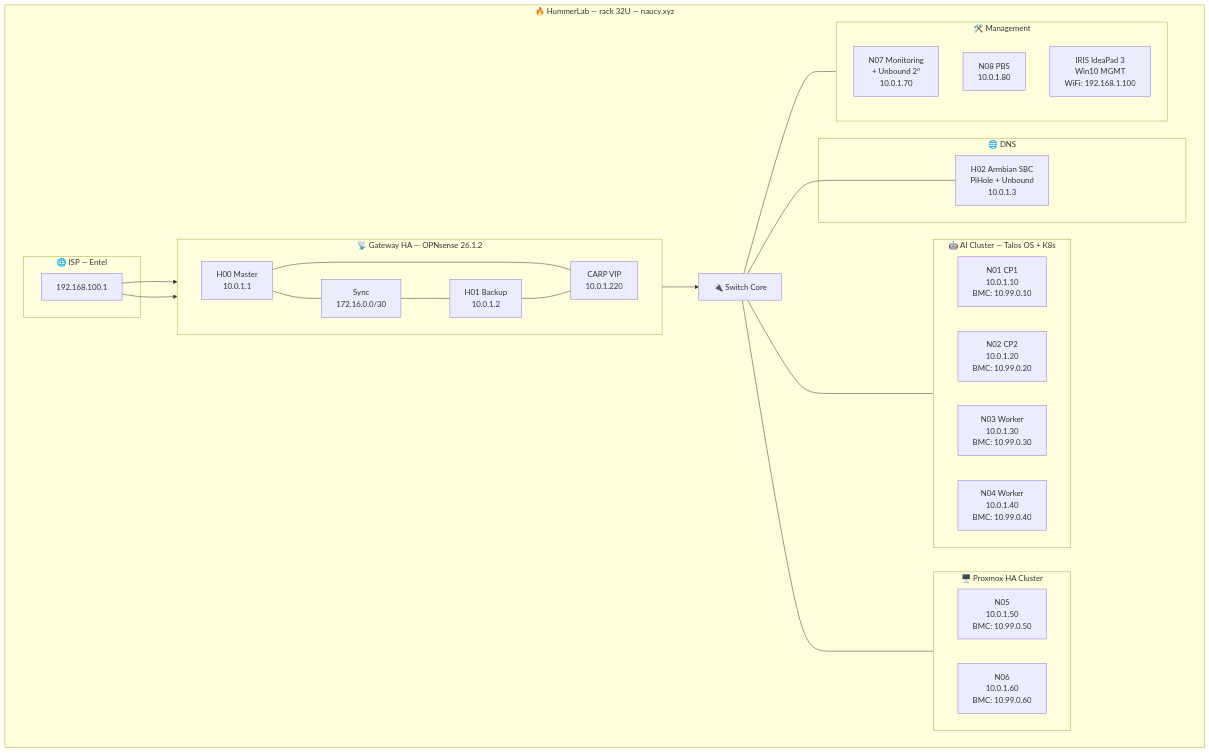
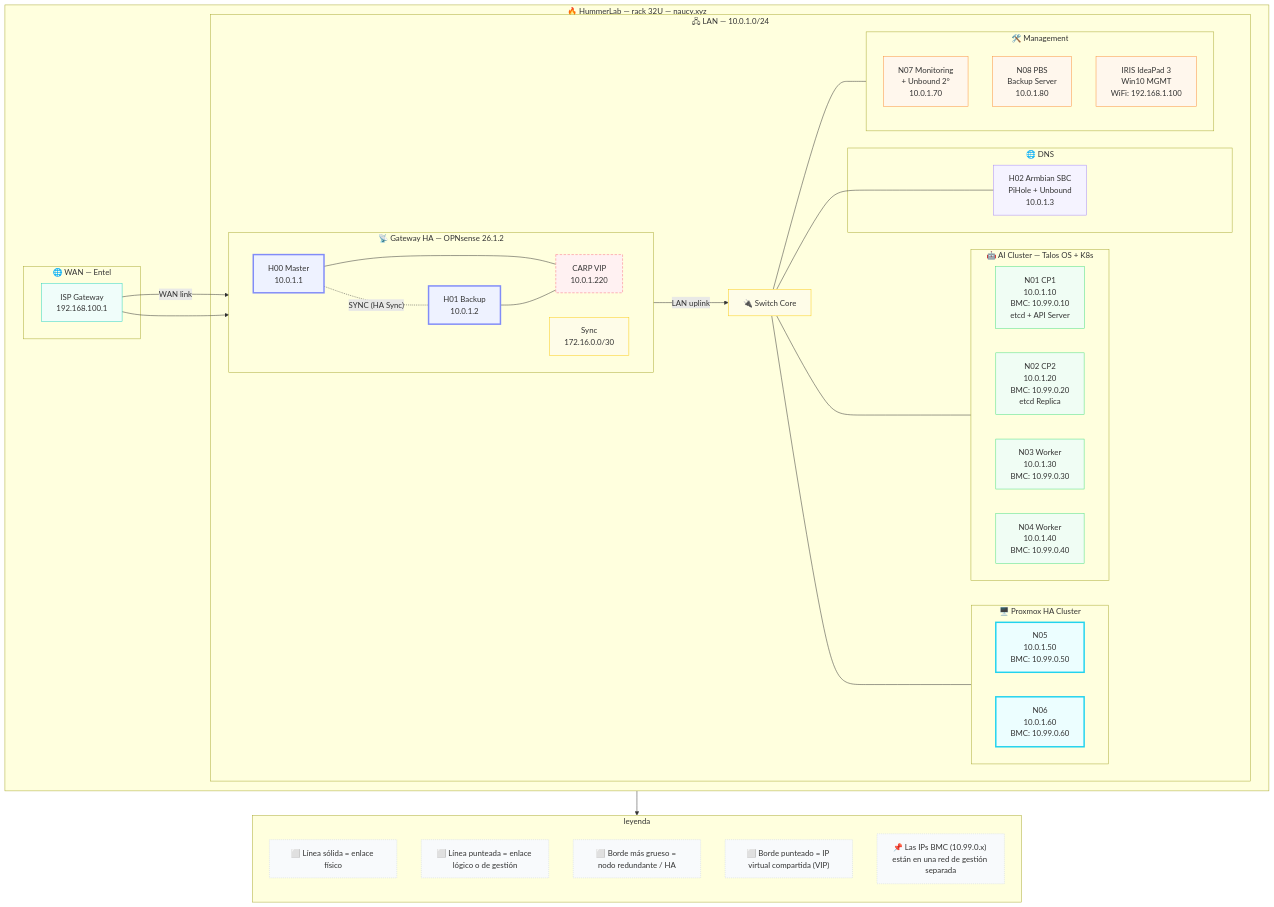
The diagram in README.md (HummerFire/HummerLab-Infrastructure), drawn with Mermaid before and after one commit.

Commit message:
Enhance system topology diagram in README
Updated the system topology diagram with new classes and connections.

````diff
--- a/README.md
+++ b/README.md
@@ -37,47 +37,80 @@
 ```mermaid
+%%{init: {"flowchart": {"layout": "elk"}} }%%
 flowchart TB
- subgraph WAN["🌐 ISP — Entel"]
-        ISP["192.168.100.1"]
+  %% clases
+  classDef wan stroke:#2dd4bf,fill:#f0fdfa
+  classDef gw stroke:#818cf8,fill:#eef2ff,stroke-width:3px
+  classDef dns stroke:#a78bfa,fill:#f5f3ff
+  classDef ai stroke:#4ade80,fill:#f0fdf4
+  classDef pve stroke:#22d3ee,fill:#ecfeff,stroke-width:3px
+  classDef mgmt stroke:#fb923c,fill:#fff7ed
+  classDef net stroke:#facc15,fill:#fefce8
+  classDef redundant stroke:#fb7185,fill:#fff1f2,stroke-dasharray:5 3
+  classDef legend stroke:#cbd5e1,fill:#f8fafc,stroke-dasharray:2 2
+
+  %% redes
+  subgraph WAN["🌐 WAN — Entel"]
+    ISP["ISP Gateway<br>192.168.100.1"]:::wan
   end
- subgraph GW["📡 Gateway HA — OPNsense 26.1.2"]
-    direction LR
-        H00["H00 Master\n10.0.1.1"]
-        H01["H01 Backup\n10.0.1.2"]
-        SYNC["Sync\n172.16.0.0/30"]
-        CARPVIP["CARP VIP\n10.0.1.220"]
+
+  subgraph LAN["🖧 LAN — 10.0.1.0/24"]
+    subgraph GW["📡 Gateway HA — OPNsense 26.1.2"]
+      direction LR
+      H00["H00 Master<br>10.0.1.1"]:::gw
+      H01["H01 Backup<br>10.0.1.2"]:::gw
+      SYNC["Sync<br>172.16.0.0/30"]:::net
+      CARPVIP["CARP VIP<br>10.0.1.220"]:::redundant
+    end
+
+    subgraph DNS["🌐 DNS"]
+      H02["H02 Armbian SBC<br>PiHole + Unbound<br>10.0.1.3"]:::dns
+    end
+
+    subgraph AI["🤖 AI Cluster — Talos OS + K8s"]
+      direction LR
+      N01["N01 CP1<br>10.0.1.10<br>BMC: 10.99.0.10<br>etcd + API Server"]:::ai
+      N02["N02 CP2<br>10.0.1.20<br>BMC: 10.99.0.20<br>etcd Replica"]:::ai
+      N03["N03 Worker<br>10.0.1.30<br>BMC: 10.99.0.30"]:::ai
+      N04["N04 Worker<br>10.0.1.40<br>BMC: 10.99.0.40"]:::ai
+    end
+
+    subgraph PVE["🖥️ Proxmox HA Cluster"]
+      direction LR
+      N05["N05<br>10.0.1.50<br>BMC: 10.99.0.50"]:::pve
+      N06["N06<br>10.0.1.60<br>BMC: 10.99.0.60"]:::pve
+    end
+
+    subgraph MGMT["🛠️ Management"]
+      N07["N07 Monitoring<br>+ Unbound 2°<br>10.0.1.70"]:::mgmt
+      N08["N08 PBS<br>Backup Server<br>10.0.1.80"]:::mgmt
+      IRIS["IRIS IdeaPad 3<br>Win10 MGMT<br>WiFi: 192.168.1.100"]:::mgmt
+    end
+
+    SW["🔌 Switch Core"]:::net
   end
- subgraph DNS["🌐 DNS"]
-        H02["H02 Armbian SBC\nPiHole + Unbound\n10.0.1.3"]
+
+  subgraph LAB["🔥 HummerLab — rack 32U — naucy.xyz"]
+    WAN
+    LAN
   end
- subgraph AI["🤖 AI Cluster — Talos OS + K8s"]
-    direction LR
-        N01["N01 CP1\n10.0.1.10\nBMC: 10.99.0.10"]
-        N02["N02 CP2\n10.0.1.20\nBMC: 10.99.0.20"]
-        N03["N03 Worker\n10.0.1.30\nBMC: 10.99.0.30"]
-        N04["N04 Worker\n10.0.1.40\nBMC: 10.99.0.40"]
+
+  %% conexiones principales (IRIS ya no conecta directamente a CARPVIP)
+  ISP -->|WAN link| H00
+  ISP --> H01
+  H00 & H01 --- CARPVIP
+  CARPVIP -->|LAN uplink| SW
+  SW --- H02 & AI & PVE & MGMT
+  H00 -.SYNC (HA Sync).- H01
+
+  %% leyenda
+  subgraph LEG["leyenda"]
+    direction TB
+    L1["⬜ Línea sólida = enlace físico"]:::legend
+    L2["⬜ Línea punteada = enlace lógico o de gestión"]:::legend
+    L3["⬜ Borde más grueso = nodo redundante / HA"]:::legend
+    L4["⬜ Borde punteado = IP virtual compartida (VIP)"]:::legend
+    L5["📌 Las IPs BMC (10.99.0.x) están en una red de gestión separada"]:::legend
   end
- subgraph PVE["🖥️ Proxmox HA Cluster"]
-    direction LR
-        N05["N05\n10.0.1.50\nBMC: 10.99.0.50"]
-        N06["N06\n10.0.1.60\nBMC: 10.99.0.60"]
-  end
- subgraph MGMT["🛠️ Management"]
-        N07["N07 Monitoring\n+ Unbound 2°\n10.0.1.70"]
-        N08["N08 PBS\n10.0.1.80"]
-        IRIS["IRIS IdeaPad 3\nWin10 MGMT\nWiFi: 192.168.1.100"]
-  end
- subgraph LAB["🔥 HummerLab — rack 32U — naucy.xyz"]
-        WAN
-        GW
-        SW["🔌 Switch Core"]
-        DNS
-        AI
-        PVE
-        MGMT
-  end
-    ISP --> H00 & H01
-    H00 --- SYNC --- H01
-    H00 & H01 --- CARPVIP
-    CARPVIP --> SW
-    SW --- H02 & AI & PVE & MGMT
+
+  LAB -->| | LEG
 ```
````
